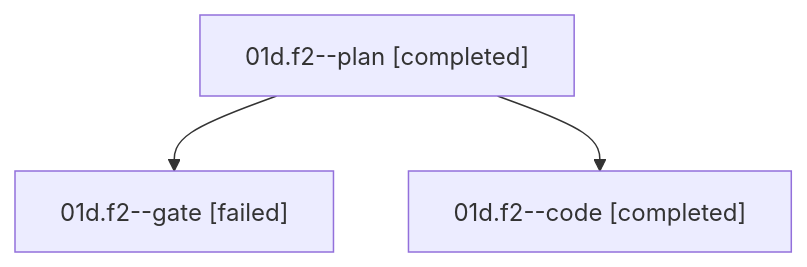
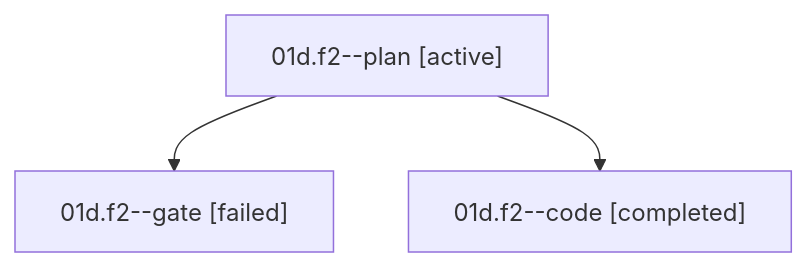
The diagram in families/bbugyi200.athena.01d.f2.md (sase-org/sase--agents), drawn with Mermaid before and after one commit. The commit also changed other lines of this file and 35830 other files, not shown here.

````diff
--- a/families/bbugyi200.athena.01d.f2.md
+++ b/families/bbugyi200.athena.01d.f2.md
@@ -9,8 +9,8 @@
 ```mermaid
 flowchart TD
-  n0["01d.f2--plan [completed]"]
+  n0["01d.f2--plan [active]"]
   n1["01d.f2--gate [failed]"]
   n0 --> n1
   n2["01d.f2--code [completed]"]
   n0 --> n2
 ```
````
